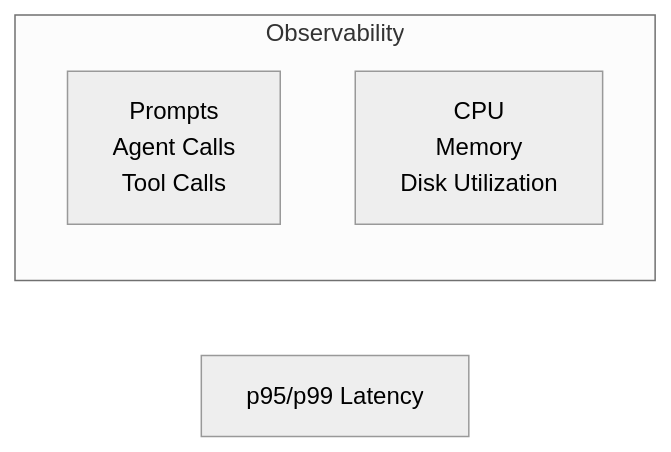
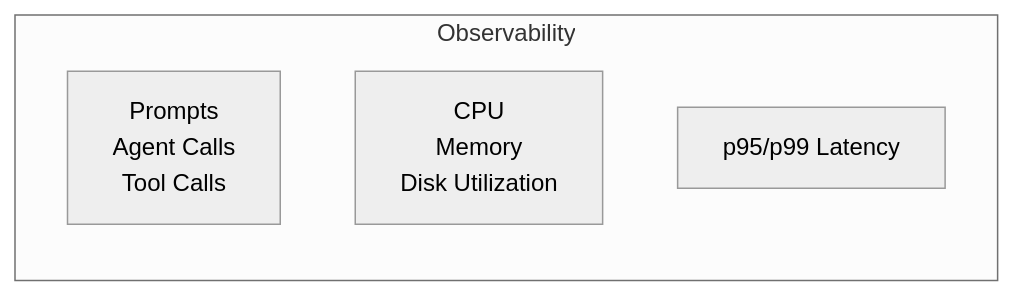
Before and after one commit to aziz0519/reference-architectures: diagram 13 of 15 in ai/Agentic_AI_Blueprint.md, drawn with Mermaid (neutral theme).

Commit message:
added latency metric in subgraph

````diff
--- a/ai/Agentic_AI_Blueprint.md
+++ b/ai/Agentic_AI_Blueprint.md
@@ -375,11 +375,12 @@
 ```mermaid
 flowchart LR
     subgraph Observability
     A
     B
+    C
     end
 
     A["Prompts </br> Agent Calls </br> Tool Calls"]
     B["CPU </br> Memory </br> Disk Utilization"]
     C["p95/p99 Latency"]
 ```
````
